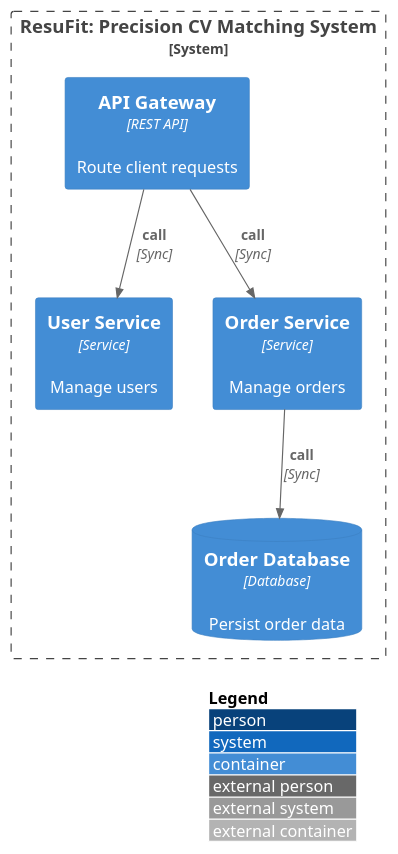
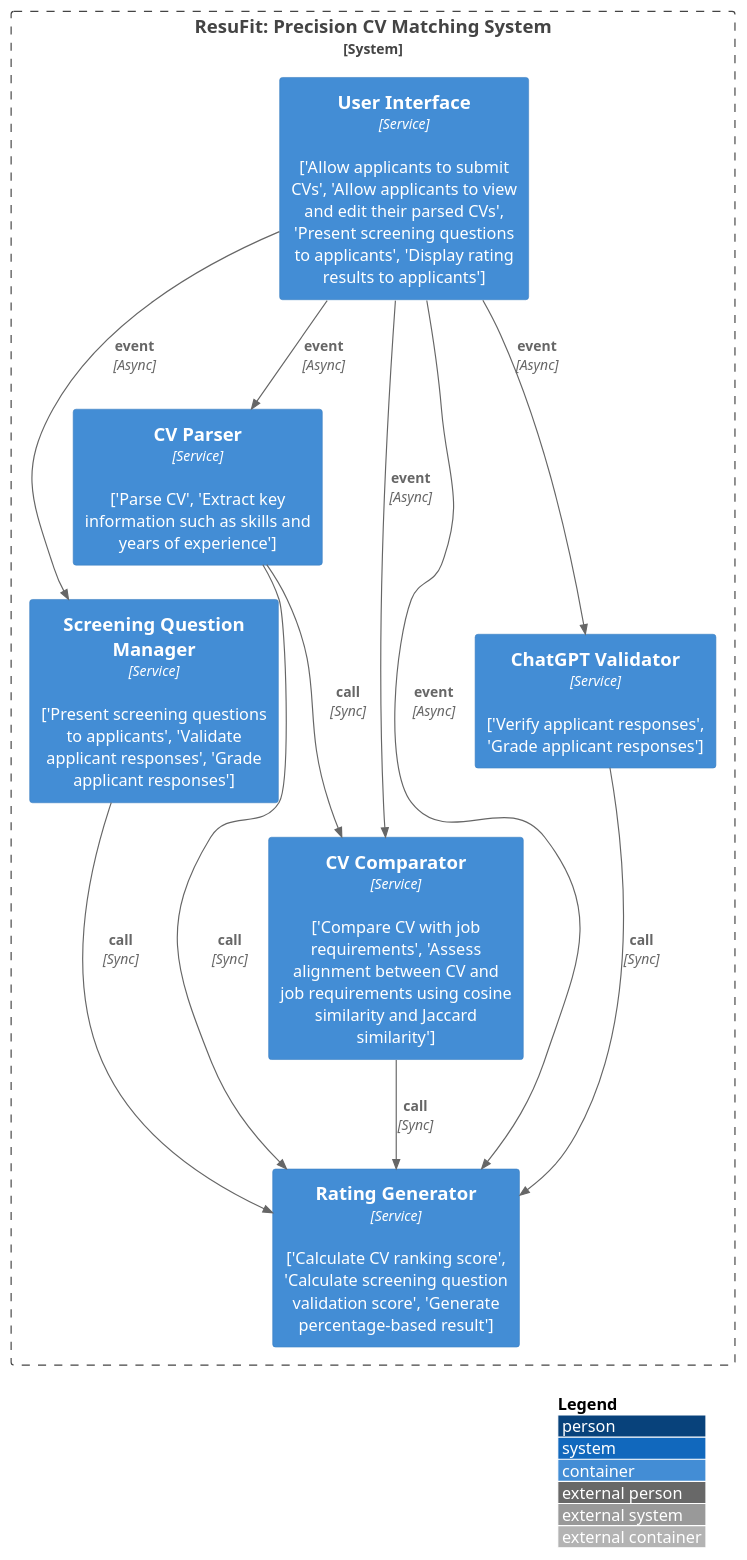
Before and after one commit to hanaAbdelwahab/GPARCHIMIND: the diagram in data/outputs/architecture_c4.puml, drawn with PlantUML. The commit also changed 14 other files, not shown here.

```diff
--- a/data/outputs/architecture_c4.puml
+++ b/data/outputs/architecture_c4.puml
@@ -1,13 +1,22 @@
 @startuml
 !include https://raw.githubusercontent.com/plantuml-stdlib/C4-PlantUML/master/C4_Container.puml
 LAYOUT_WITH_LEGEND()
 System_Boundary(ResuFitPrecisionCVMatchingSystem, "ResuFit: Precision CV Matching System") {
-  Container(APIGateway, "API Gateway", "REST API", "Route client requests")
-  Container(UserService, "User Service", "Service", "Manage users")
-  Container(OrderService, "Order Service", "Service", "Manage orders")
-  ContainerDb(OrderDatabase, "Order Database", "Database", "Persist order data")
+  Container(CVParser, "CV Parser", "Service", "['Parse CV', 'Extract key information such as skills and years of experience']")
+  Container(ScreeningQuestionManager, "Screening Question Manager", "Service", "['Present screening questions to applicants', 'Validate applicant responses', 'Grade applicant responses']")
+  Container(RatingGenerator, "Rating Generator", "Service", "['Calculate CV ranking score', 'Calculate screening question validation score', 'Generate percentage-based result']")
+  Container(CVComparator, "CV Comparator", "Service", "['Compare CV with job requirements', 'Assess alignment between CV and job requirements using cosine similarity and Jaccard similarity']")
+  Container(ChatGPTValidator, "ChatGPT Validator", "Service", "['Verify applicant responses', 'Grade applicant responses']")
+  Container(UserInterface, "User Interface", "Service", "['Allow applicants to submit CVs', 'Allow applicants to view and edit their parsed CVs', 'Present screening questions to applicants', 'Display rating results to applicants']")
 }
-Rel(APIGateway, UserService, "call", "Sync")
-Rel(APIGateway, OrderService, "call", "Sync")
-Rel(OrderService, OrderDatabase, "call", "Sync")
+Rel(CVParser, CVComparator, "call", "Sync")
+Rel(CVParser, RatingGenerator, "call", "Sync")
+Rel(CVComparator, RatingGenerator, "call", "Sync")
+Rel(ScreeningQuestionManager, RatingGenerator, "call", "Sync")
+Rel(ChatGPTValidator, RatingGenerator, "call", "Sync")
+Rel(UserInterface, CVParser, "event", "Async")
+Rel(UserInterface, ScreeningQuestionManager, "event", "Async")
+Rel(UserInterface, ChatGPTValidator, "event", "Async")
+Rel(UserInterface, RatingGenerator, "event", "Async")
+Rel(UserInterface, CVComparator, "event", "Async")
 @enduml
```
